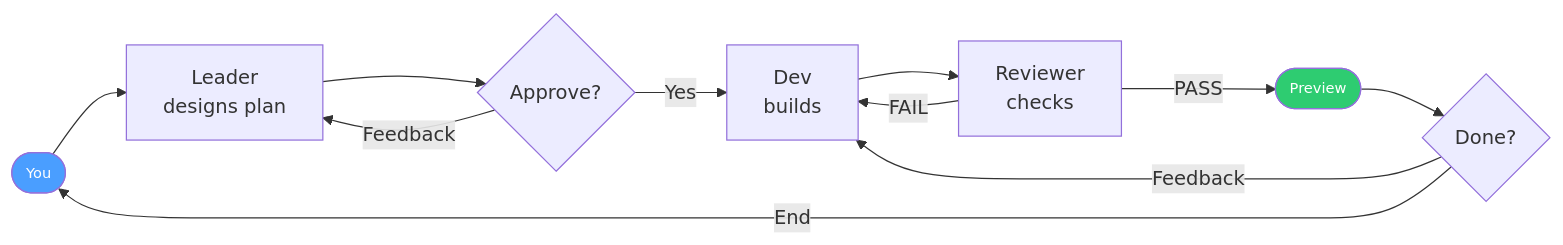
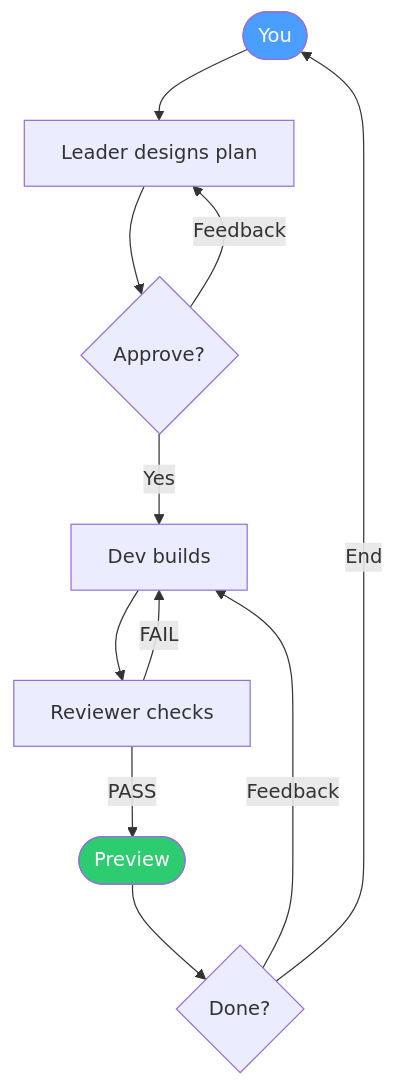
The diagram in README.md (Hellowman100/bit-office), drawn with Mermaid before and after one commit. The commit also changed other lines of this file, not shown here.

````diff
--- a/README.md
+++ b/README.md
@@ -37,14 +37,16 @@
 ```mermaid
-flowchart LR
-    A(["You"]) --> B["Leader\ndesigns plan"] --> C{"Approve?"}
+flowchart TD
+    A(["You"]) --> B["Leader designs plan"]
+    B --> C{"Approve?"}
     C -- "Feedback" --> B
-    C -- "Yes" --> D["Dev\nbuilds"] --> E["Reviewer\nchecks"]
+    C -- "Yes" --> D["Dev builds"]
+    D --> E["Reviewer checks"]
     E -- "FAIL" --> D
     E -- "PASS" --> F(["Preview"])
     F --> G{"Done?"}
     G -- "Feedback" --> D
     G -- "End" --> A
 
-    style A fill:#4a9eff,color:#fff,font-size:12px
-    style F fill:#2ecc71,color:#fff,font-size:12px
+    style A fill:#4a9eff,color:#fff
+    style F fill:#2ecc71,color:#fff
 ```
````
